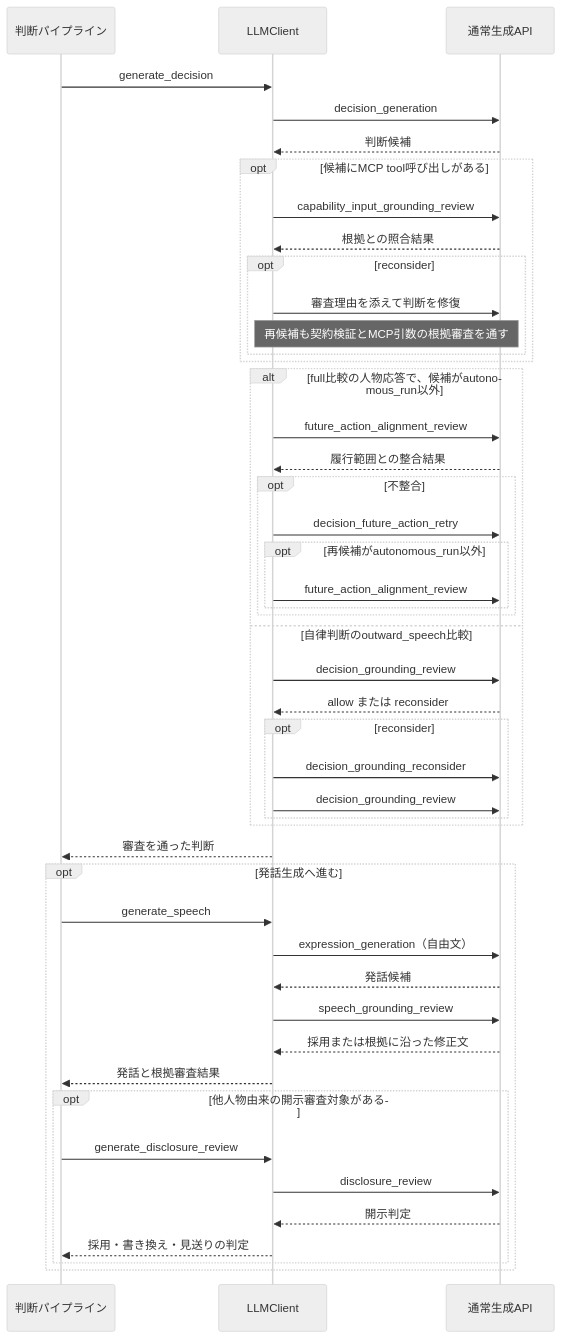
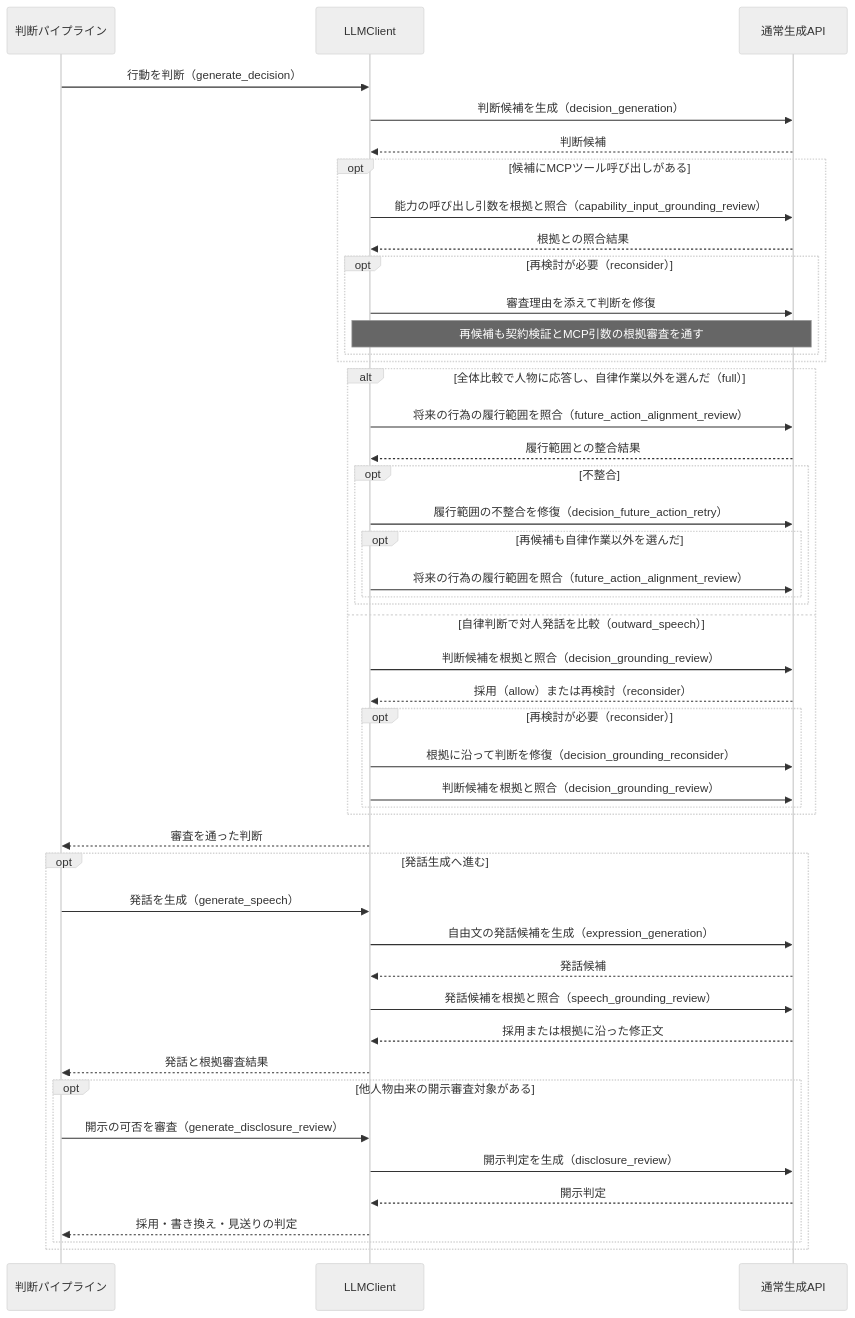
The second of 7 diagrams in docs/design/llm/LLM呼び出しシーケンス.md (hirona98/OtomeKairo), drawn with Mermaid (neutral theme) before and after one commit. The commit also changed other lines of this file, not shown here.

Commit message:
図1まで補足完了

````diff
--- a/docs/design/llm/LLM呼び出しシーケンス.md
+++ b/docs/design/llm/LLM呼び出しシーケンス.md
@@ -154,50 +138,50 @@
 ```mermaid
 sequenceDiagram
     participant C as 判断パイプライン
     participant L as LLMClient
     participant G as 通常生成API
 
-    C->>L: generate_decision
-    L->>G: decision_generation
+    C->>L: 行動を判断（generate_decision）
+    L->>G: 判断候補を生成（decision_generation）
     G-->>L: 判断候補
-    opt 候補にMCP tool呼び出しがある
-        L->>G: capability_input_grounding_review
+    opt 候補にMCPツール呼び出しがある
+        L->>G: 能力の呼び出し引数を根拠と照合（capability_input_grounding_review）
         G-->>L: 根拠との照合結果
-        opt reconsider
+        opt 再検討が必要（reconsider）
             L->>G: 審査理由を添えて判断を修復
             Note over L,G: 再候補も契約検証とMCP引数の根拠審査を通す
         end
     end
-    alt full比較の人物応答で、候補がautonomous_run以外
-        L->>G: future_action_alignment_review
+    alt 全体比較で人物に応答し、自律作業以外を選んだ（full）
+        L->>G: 将来の行為の履行範囲を照合（future_action_alignment_review）
         G-->>L: 履行範囲との整合結果
         opt 不整合
-            L->>G: decision_future_action_retry
-            opt 再候補がautonomous_run以外
-                L->>G: future_action_alignment_review
+            L->>G: 履行範囲の不整合を修復（decision_future_action_retry）
+            opt 再候補も自律作業以外を選んだ
+                L->>G: 将来の行為の履行範囲を照合（future_action_alignment_review）
             end
         end
-    else 自律判断のoutward_speech比較
-        L->>G: decision_grounding_review
-        G-->>L: allow または reconsider
-        opt reconsider
-            L->>G: decision_grounding_reconsider
-            L->>G: decision_grounding_review
+    else 自律判断で対人発話を比較（outward_speech）
+        L->>G: 判断候補を根拠と照合（decision_grounding_review）
+        G-->>L: 採用（allow）または再検討（reconsider）
+        opt 再検討が必要（reconsider）
+            L->>G: 根拠に沿って判断を修復（decision_grounding_reconsider）
+            L->>G: 判断候補を根拠と照合（decision_grounding_review）
         end
     end
     L-->>C: 審査を通った判断
     opt 発話生成へ進む
-        C->>L: generate_speech
-        L->>G: expression_generation（自由文）
+        C->>L: 発話を生成（generate_speech）
+        L->>G: 自由文の発話候補を生成（expression_generation）
         G-->>L: 発話候補
-        L->>G: speech_grounding_review
+        L->>G: 発話候補を根拠と照合（speech_grounding_review）
         G-->>L: 採用または根拠に沿った修正文
         L-->>C: 発話と根拠審査結果
         opt 他人物由来の開示審査対象がある
-            C->>L: generate_disclosure_review
-            L->>G: disclosure_review
+            C->>L: 開示の可否を審査（generate_disclosure_review）
+            L->>G: 開示判定を生成（disclosure_review）
             G-->>L: 開示判定
             L-->>C: 採用・書き換え・見送りの判定
         end
     end
 ```
````
